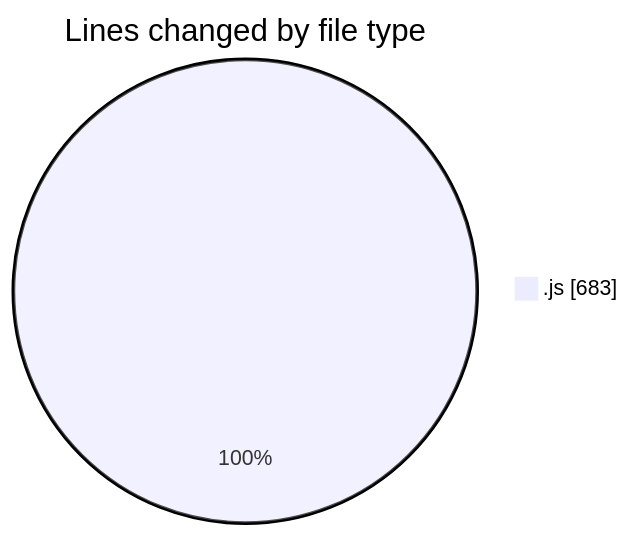
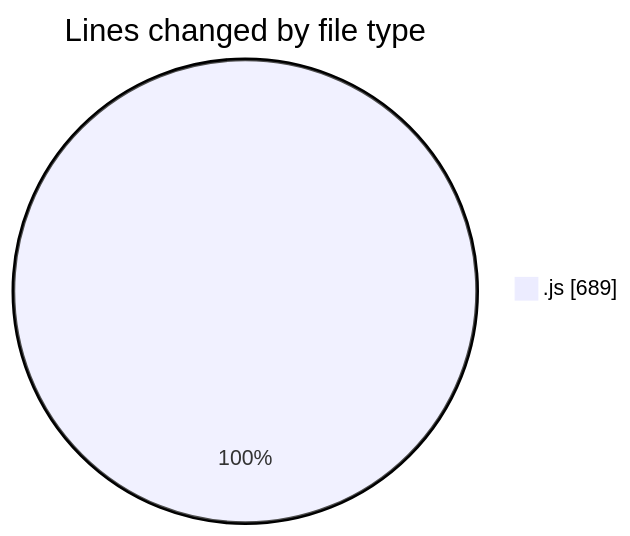
Before and after one commit to momahboobian/code-tracking: the first of 2 diagrams in 2025-02-04/cda/README.md, drawn with Mermaid. The commit also changed other lines of this file and 1 other file, not shown here.

````diff
--- a/2025-02-04/cda/README.md
+++ b/2025-02-04/cda/README.md
@@ -22,5 +22,5 @@
 ```mermaid
 pie showData
 title Lines changed by file type
-".js" : 683
+".js" : 689
 ```
````
